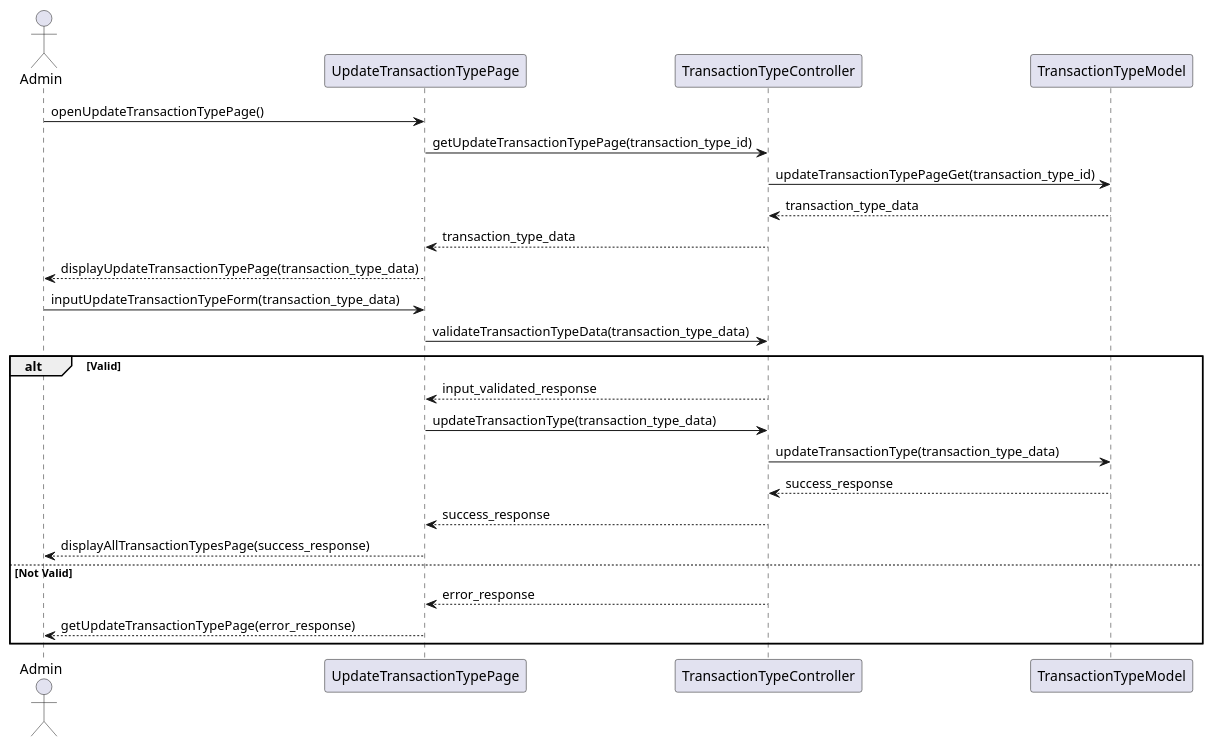
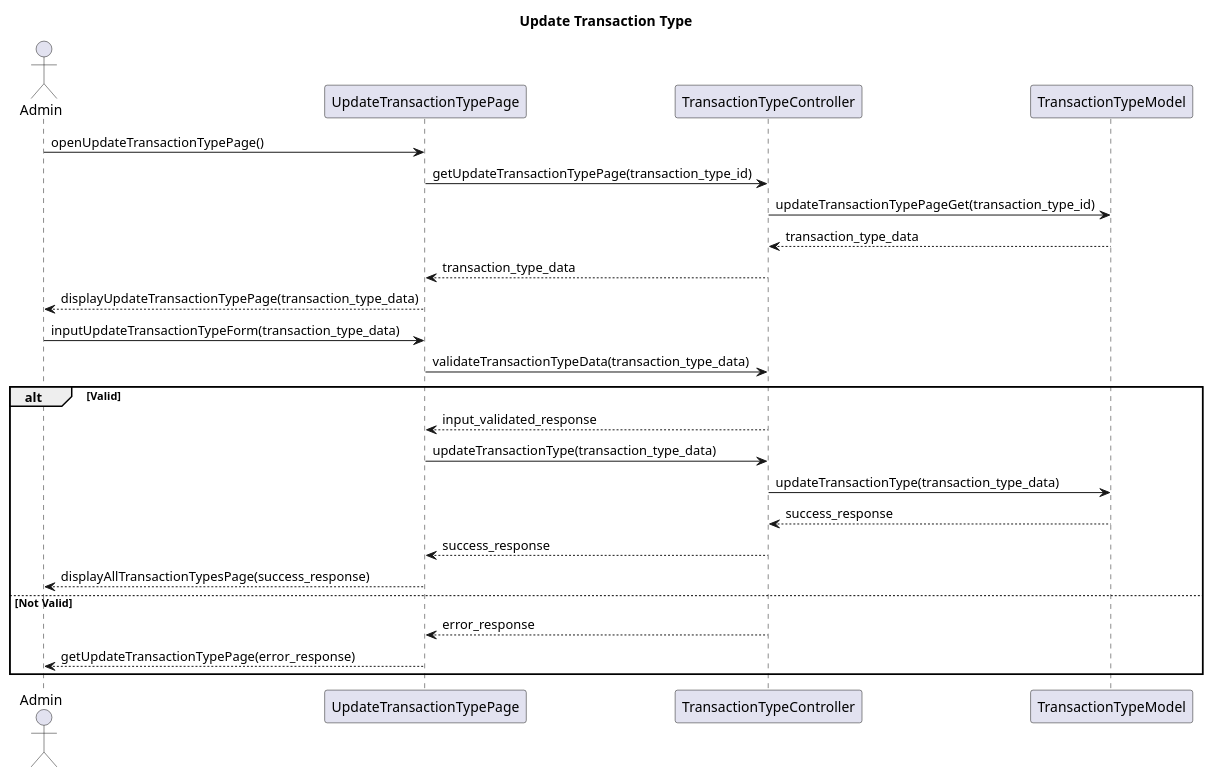
One commit to AntWort21/BHFMS changed the diagram in Design/BHFMS_SEQUENCE/Admin/TransactionTypes/Transaction Type Management (Admin) Update.puml. Above: the diagram before and after it, drawn with PlantUML. The commit also changed 75 other files, not shown here.

Commit message:
Fix Use Cases & ERD

```diff
--- a/Design/BHFMS_SEQUENCE/Admin/TransactionTypes/Transaction Type Management (Admin) Update.puml
+++ b/Design/BHFMS_SEQUENCE/Admin/TransactionTypes/Transaction Type Management (Admin) Update.puml
@@ -1,29 +1,30 @@
 @startuml
+title Update Transaction Type
 actor Admin as act
 participant UpdateTransactionTypePage as view
 participant TransactionTypeController as ctrl
 participant TransactionTypeModel as model
 
 act -> view : openUpdateTransactionTypePage()
 view -> ctrl : getUpdateTransactionTypePage(transaction_type_id)
 ctrl -> model : updateTransactionTypePageGet(transaction_type_id)
 model --> ctrl : transaction_type_data
 ctrl --> view : transaction_type_data
 view --> act : displayUpdateTransactionTypePage(transaction_type_data)
 
     act->view : inputUpdateTransactionTypeForm(transaction_type_data)
     view->ctrl : validateTransactionTypeData(transaction_type_data)
         alt Valid
         ctrl-->view:input_validated_response
         view->ctrl: updateTransactionType(transaction_type_data)
         ctrl->model: updateTransactionType(transaction_type_data)
         model --> ctrl: success_response
         ctrl --> view: success_response
         view-->act: displayAllTransactionTypesPage(success_response)
         else Not Valid
         ctrl --> view: error_response
         view-->act: getUpdateTransactionTypePage(error_response)
         end
 
 
 @enduml
```
